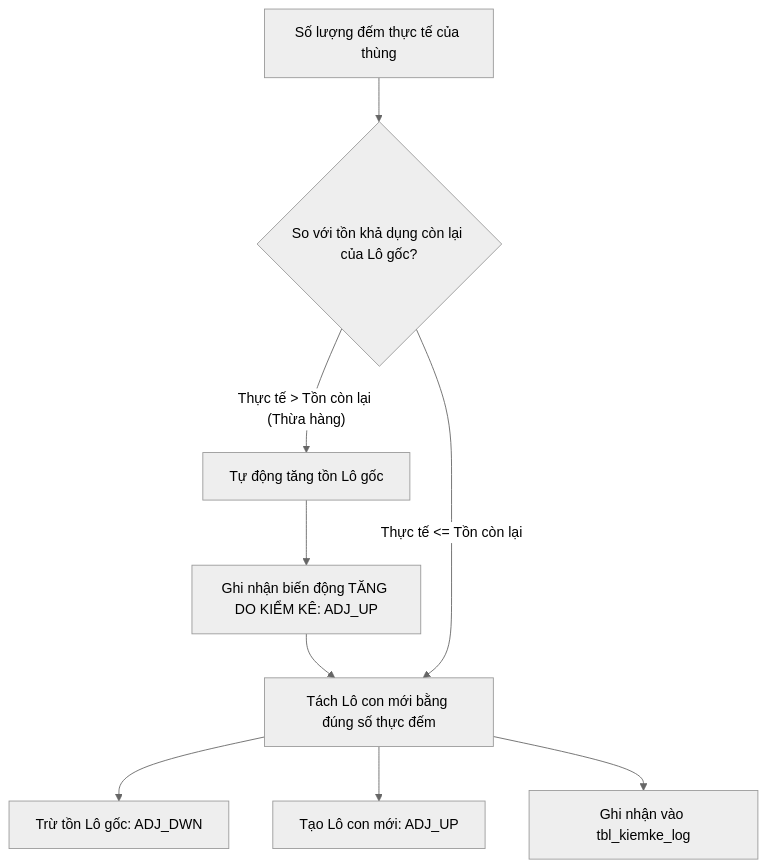
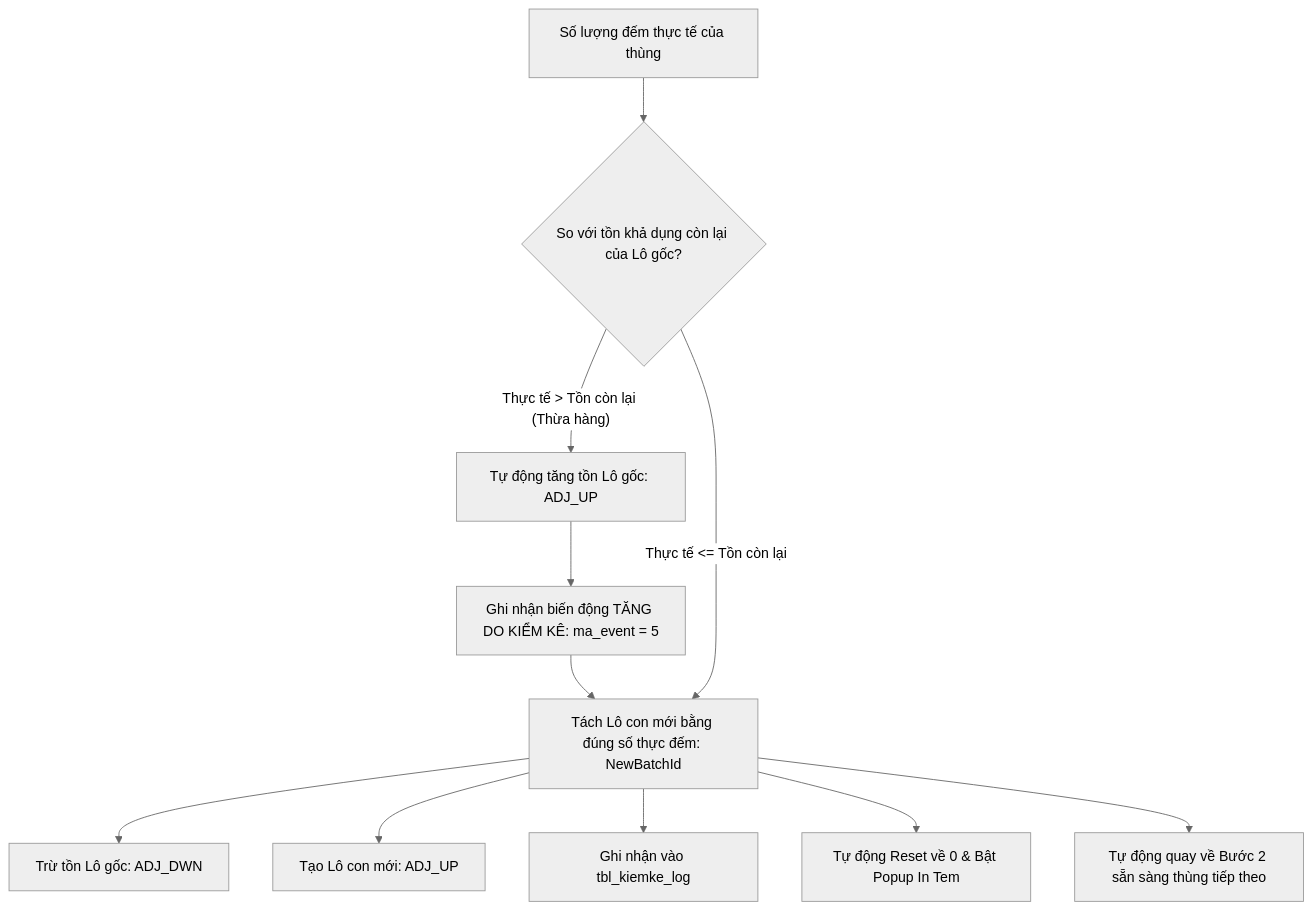
The diagram in docs/03-use-cases/UC-27_INV-08.md (Sohoa-KNSG/mms), drawn with Mermaid (neutral theme) before and after one commit. The commit also changed other lines of this file and 26 other files, not shown here.

Commit message:
feat(inventory): implement UC-18 batch audit 3-role flow and material batch selection

````diff
--- a/docs/03-use-cases/UC-27_INV-08.md
+++ b/docs/03-use-cases/UC-27_INV-08.md
@@ -77,11 +83,13 @@
 ```mermaid
 flowchart TD
     A[Số lượng đếm thực tế của thùng] --> B{So với tồn khả dụng còn lại của Lô gốc?}
-    B -- Thực tế > Tồn còn lại (Thừa hàng) --> C[Tự động tăng tồn Lô gốc]
-    C --> D[Ghi nhận biến động TĂNG DO KIỂM KÊ: ADJ_UP]
-    D --> E[Tách Lô con mới bằng đúng số thực đếm]
+    B -- Thực tế > Tồn còn lại (Thừa hàng) --> C[Tự động tăng tồn Lô gốc: ADJ_UP]
+    C --> D[Ghi nhận biến động TĂNG DO KIỂM KÊ: ma_event = 5]
+    D --> E[Tách Lô con mới bằng đúng số thực đếm: NewBatchId]
     B -- Thực tế <= Tồn còn lại --> E
     E --> F[Trừ tồn Lô gốc: ADJ_DWN]
     E --> G[Tạo Lô con mới: ADJ_UP]
     E --> H[Ghi nhận vào tbl_kiemke_log]
+    E --> I[Tự động Reset về 0 & Bật Popup In Tem]
+    E --> J[Tự động quay về Bước 2 sẵn sàng thùng tiếp theo]
 ```
````
